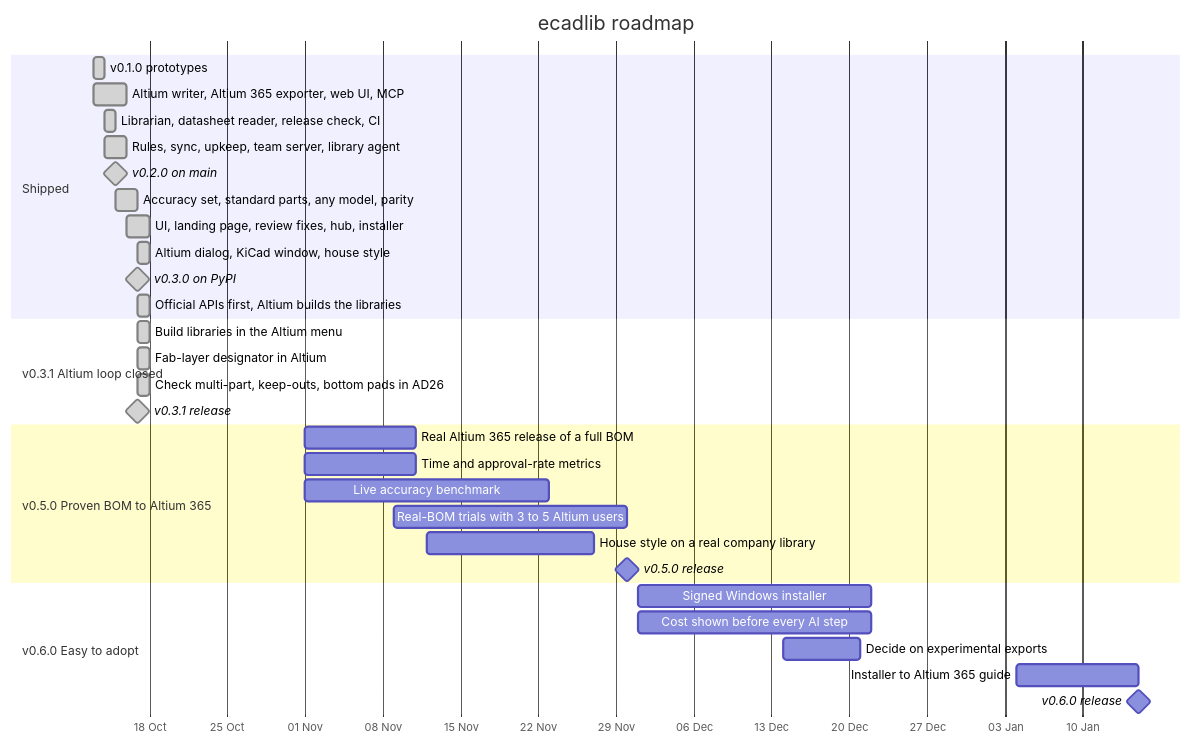
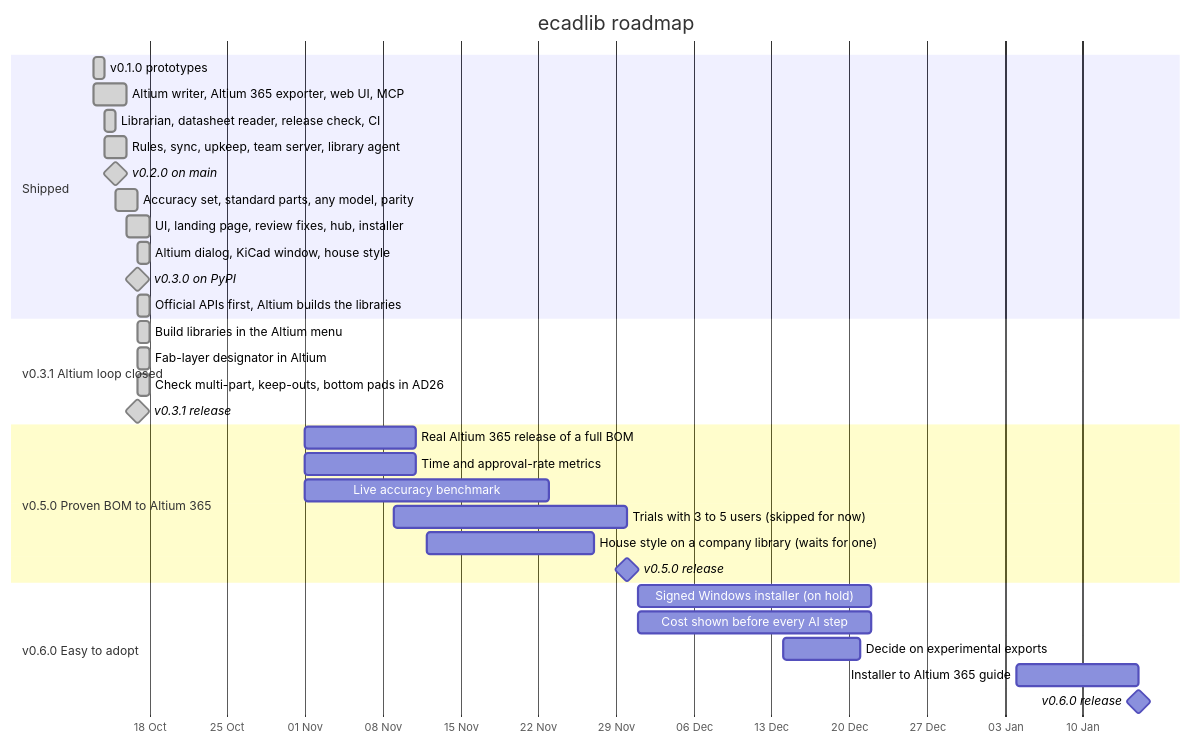
The diagram in ROADMAP.md (oliBrowne/PCBLIVINGLIBRARY), drawn with Mermaid before and after one commit. The commit also changed other lines of this file, not shown here.

Commit message:
Roadmap: give both v0.4.0 dates and mark paused items in the timeline

````diff
--- a/ROADMAP.md
+++ b/ROADMAP.md
@@ -115,39 +115,39 @@
 ```mermaid
 gantt
     title ecadlib roadmap
     dateFormat YYYY-MM-DD
     axisFormat %d %b
 
     section Shipped
     v0.1.0 prototypes                                  :done, s0, 2026-10-13, 1d
     Altium writer, Altium 365 exporter, web UI, MCP     :done, s1, 2026-10-13, 3d
     Librarian, datasheet reader, release check, CI      :done, s2, 2026-10-14, 1d
     Rules, sync, upkeep, team server, library agent     :done, s3, 2026-10-14, 2d
     v0.2.0 on main                                     :milestone, done, m2, 2026-10-15, 0d
     Accuracy set, standard parts, any model, parity     :done, s4, 2026-10-15, 2d
     UI, landing page, review fixes, hub, installer      :done, s5, 2026-10-16, 2d
     Altium dialog, KiCad window, house style            :done, s6, 2026-10-17, 1d
     v0.3.0 on PyPI                                     :milestone, done, m3, 2026-10-17, 0d
     Official APIs first, Altium builds the libraries    :done, s7, 2026-10-17, 1d
 
     section v0.3.1 Altium loop closed
     Build libraries in the Altium menu                  :done, p1, 2026-10-17, 1d
     Fab-layer designator in Altium                      :done, p2, 2026-10-17, 1d
     Check multi-part, keep-outs, bottom pads in AD26    :done, p3, 2026-10-17, 1d
     v0.3.1 release                                     :milestone, done, r1, 2026-10-17, 0d
 
     section v0.5.0 Proven BOM to Altium 365
     Real Altium 365 release of a full BOM               :p10, 2026-11-01, 10d
     Time and approval-rate metrics                      :p7, 2026-11-01, 10d
     Live accuracy benchmark                             :p5, 2026-11-01, 22d
-    Real-BOM trials with 3 to 5 Altium users            :p6, 2026-11-09, 21d
-    House style on a real company library               :p9, 2026-11-12, 15d
+    Trials with 3 to 5 users (skipped for now)          :p6, 2026-11-09, 21d
+    House style on a company library (waits for one)    :p9, 2026-11-12, 15d
     v0.5.0 release                                     :milestone, r2, 2026-11-30, 0d
 
     section v0.6.0 Easy to adopt
-    Signed Windows installer                            :p11, 2026-12-01, 21d
+    Signed Windows installer (on hold)                  :p11, 2026-12-01, 21d
     Cost shown before every AI step                     :p12, 2026-12-01, 21d
     Decide on experimental exports                      :p13, 2026-12-14, 7d
     Installer to Altium 365 guide                       :p14, 2027-01-04, 11d
     v0.6.0 release                                     :milestone, r3, 2027-01-15, 0d
 ```
````
